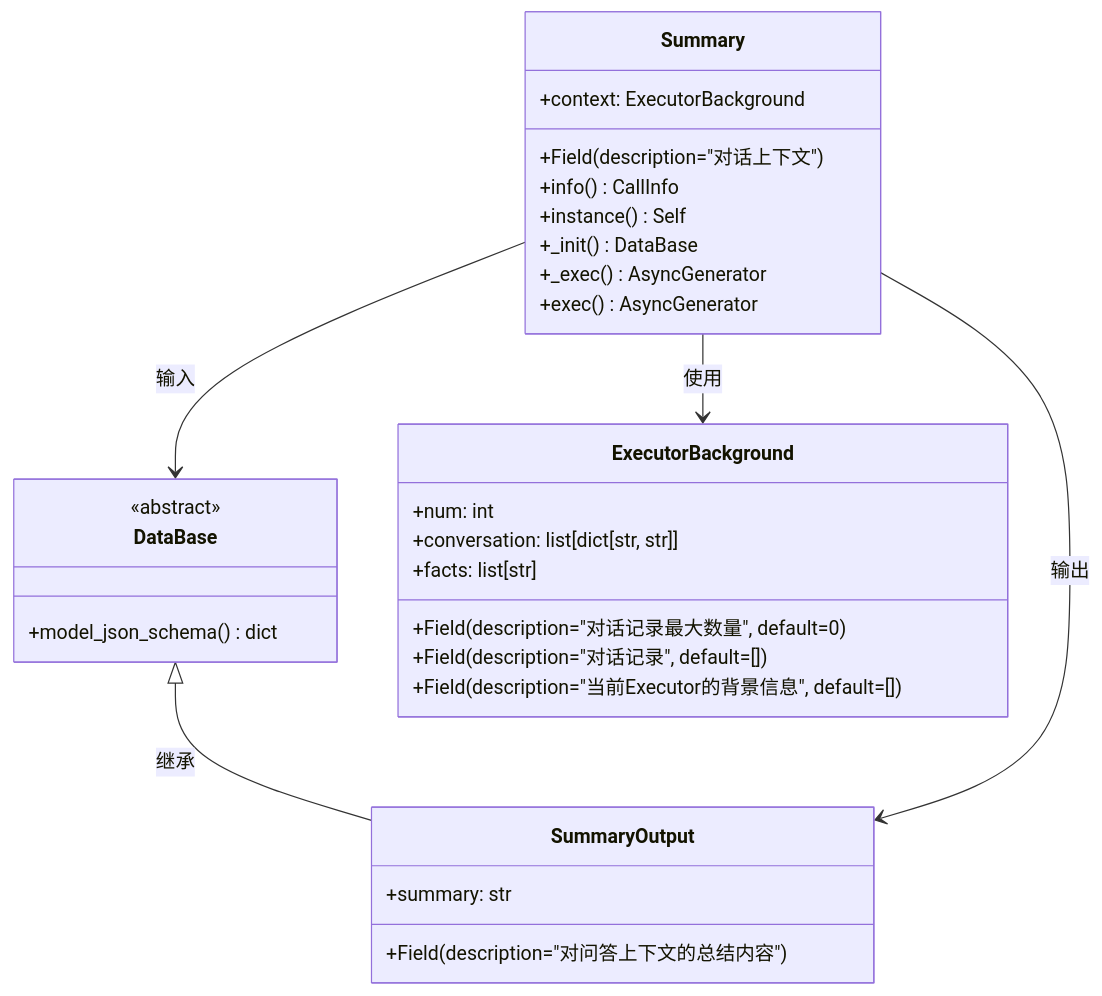
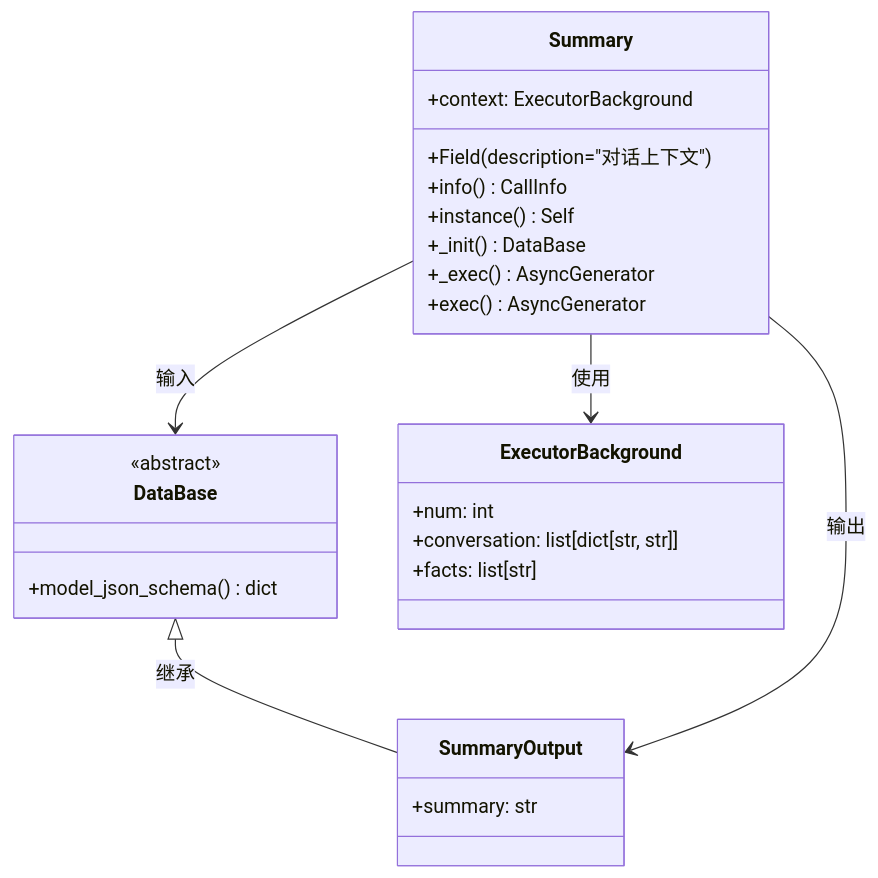
The first of 5 diagrams in design/call/summary.md (HongyuS/euler-copilot-framework), drawn with Mermaid before and after one commit. The commit also changed other lines of this file and 5 other files, not shown here.

````diff
--- a/design/call/summary.md
+++ b/design/call/summary.md
@@ -40,36 +30,32 @@
 ```mermaid
 classDiagram
     class DataBase {
         <<abstract>>
         +model_json_schema() dict
     }
     
     class SummaryOutput {
         +summary: str
-        +Field(description="对问答上下文的总结内容")
     }
     
     class ExecutorBackground {
         +num: int
         +conversation: list[dict[str, str]]
         +facts: list[str]
-        +Field(description="对话记录最大数量", default=0)
-        +Field(description="对话记录", default=[])
-        +Field(description="当前Executor的背景信息", default=[])
     }
     
     class Summary {
         +context: ExecutorBackground
         +Field(description="对话上下文")
         +info() CallInfo
         +instance() Self
         +_init() DataBase
         +_exec() AsyncGenerator
         +exec() AsyncGenerator
     }
     
     DataBase <|-- SummaryOutput : 继承
     Summary --> ExecutorBackground : 使用
     Summary --> SummaryOutput : 输出
     Summary --> DataBase : 输入
 ```
````
